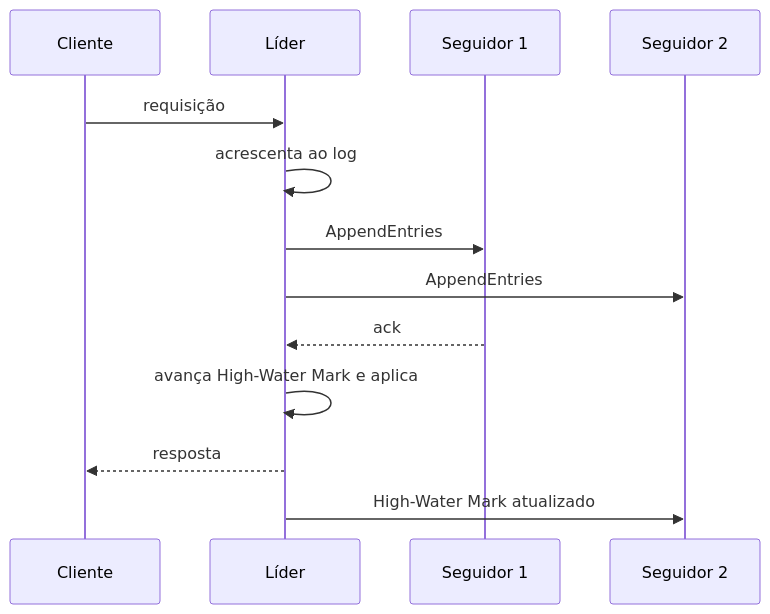
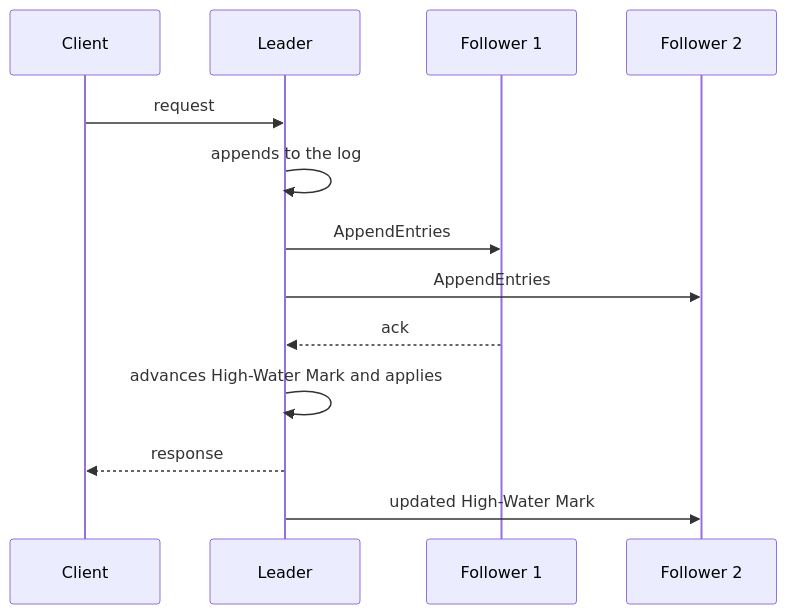
The diagram in docs/architecture/distributed-systems/data-replication/replicated-log.md (alancesar/design-patterns), drawn with Mermaid before and after one commit. The commit also changed 258 other files, not shown here.

First line of the commit message:
Translate Mermaid diagrams to English

````diff
--- a/docs/architecture/distributed-systems/data-replication/replicated-log.md
+++ b/docs/architecture/distributed-systems/data-replication/replicated-log.md
@@ -54,15 +54,15 @@
 ```mermaid
 sequenceDiagram
-    participant Cl as Cliente
-    participant L as Líder
-    participant F1 as Seguidor 1
-    participant F2 as Seguidor 2
-    Cl->>L: requisição
-    L->>L: acrescenta ao log
+    participant Cl as Client
+    participant L as Leader
+    participant F1 as Follower 1
+    participant F2 as Follower 2
+    Cl->>L: request
+    L->>L: appends to the log
     L->>F1: AppendEntries
     L->>F2: AppendEntries
     F1-->>L: ack
-    L->>L: avança High-Water Mark e aplica
-    L-->>Cl: resposta
-    L->>F2: High-Water Mark atualizado
+    L->>L: advances High-Water Mark and applies
+    L-->>Cl: response
+    L->>F2: updated High-Water Mark
 ```
````
